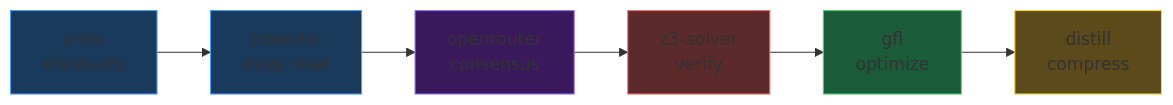
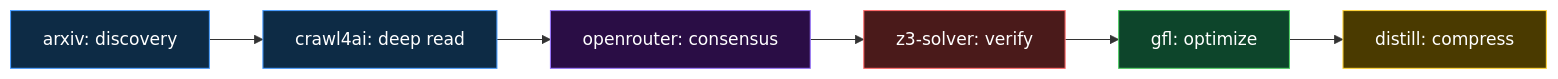
The third of 4 diagrams in lab/12_formal_evolution/README.md (OctAg0nO/lab-experiments), drawn with Mermaid before and after one commit. The commit also changed other lines of this file, not shown here.

First line of the commit message:
Optimize all 4 Mermaid diagrams for GitHub rendering

````diff
--- a/lab/12_formal_evolution/README.md
+++ b/lab/12_formal_evolution/README.md
@@ -260,15 +267,16 @@
 ```mermaid
 flowchart LR
-    A[arxiv<br/>discovery] --> B[crawl4ai<br/>deep read]
-    B --> C[openrouter<br/>consensus]
-    C --> D[z3-solver<br/>verify]
-    D --> E[gfl<br/>optimize]
-    E --> F[distill<br/>compress]
+    A[arxiv: discovery] --> B[crawl4ai: deep read]
+    B --> C[openrouter: consensus]
+    C --> D[z3-solver: verify]
+    D --> E[gfl: optimize]
+    E --> F[distill: compress]
 
-    style A fill:#1a3a5c,stroke:#4a9eff
-    style B fill:#1a3a5c,stroke:#4a9eff
-    style C fill:#3a1a5c,stroke:#9775fa
-    style D fill:#5c2a2a,stroke:#ff6b6b
-    style E fill:#1a5c3a,stroke:#51cf66
-    style F fill:#5c4a1a,stroke:#ffd43b
+    %% Styles
+    style A fill:#0d2b45,stroke:#4a9eff,color:#fff
+    style B fill:#0d2b45,stroke:#4a9eff,color:#fff
+    style C fill:#2a0d45,stroke:#9775fa,color:#fff
+    style D fill:#4a1a1a,stroke:#ff6b6b,color:#fff
+    style E fill:#0d452b,stroke:#51cf66,color:#fff
+    style F fill:#4a3a00,stroke:#ffd43b,color:#fff
 ```
````
